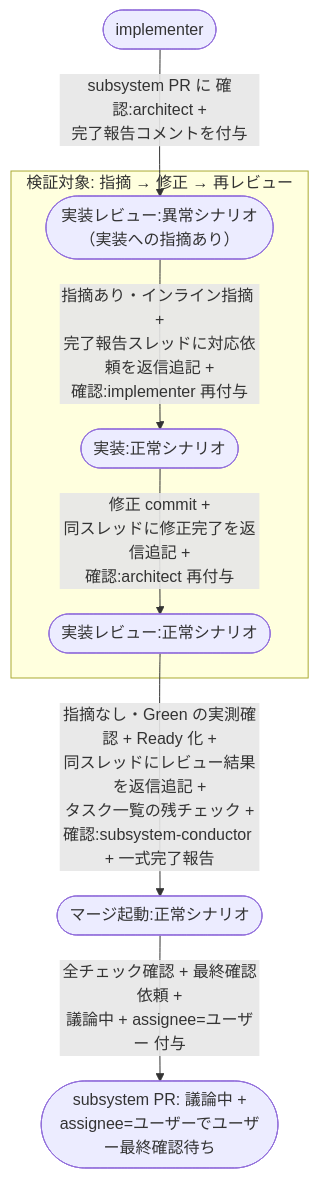
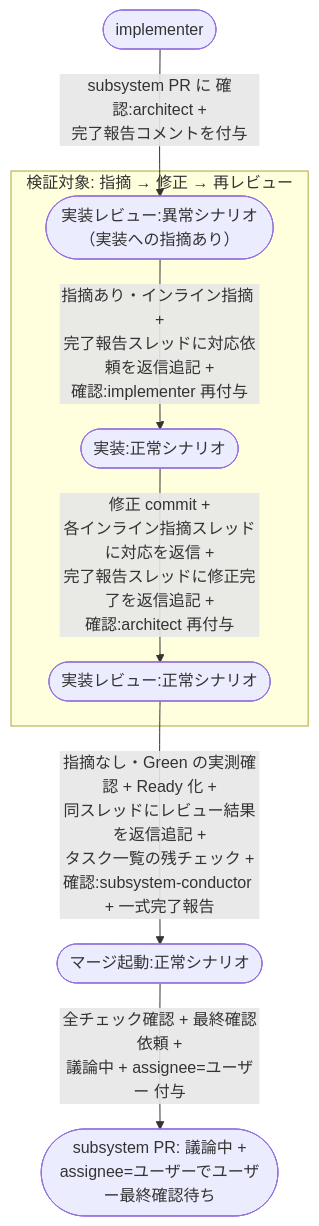
Before and after one commit to shuhei1101/ai-monitor: the second of 2 diagrams in docs/wiki/設計図/シナリオ/複合ユースケース/レビュー指摘からの修正.md, drawn with Mermaid. The commit also changed other lines of this file and 33 other files, not shown here.

````diff
--- a/docs/wiki/設計図/シナリオ/複合ユースケース/レビュー指摘からの修正.md
+++ b/docs/wiki/設計図/シナリオ/複合ユースケース/レビュー指摘からの修正.md
@@ -65,17 +65,17 @@
 ```mermaid
 flowchart TD
   A0([implementer]) -->|subsystem PR に 確認:architect +<br>完了報告コメントを付与| UC1
 
   subgraph FOCUS["検証対象: 指摘 → 修正 → 再レビュー"]
     UC1([実装レビュー:異常シナリオ<br>（実装への指摘あり）]) -->|指摘あり・インライン指摘 +<br>完了報告スレッドに対応依頼を返信追記 +<br>確認:implementer 再付与| UC2([実装:正常シナリオ])
-    UC2 -->|修正 commit +<br>同スレッドに修正完了を返信追記 +<br>確認:architect 再付与| UC3([実装レビュー:正常シナリオ])
+    UC2 -->|修正 commit +<br>各インライン指摘スレッドに対応を返信 +<br>完了報告スレッドに修正完了を返信追記 +<br>確認:architect 再付与| UC3([実装レビュー:正常シナリオ])
   end
 
   UC3 -->|指摘なし・Green の実測確認 + Ready 化 +<br>同スレッドにレビュー結果を返信追記 +<br>タスク一覧の残チェック +<br>確認:subsystem-conductor + 一式完了報告| UC4([マージ起動:正常シナリオ])
   UC4 -->|全チェック確認 + 最終確認依頼 +<br>議論中 + assignee=ユーザー 付与| DONE([subsystem PR: 議論中 +<br>assignee=ユーザーでユーザー最終確認待ち])
 
   click UC1 "../単一ユースケース/実装レビュー.md#異常シナリオ実装への指摘あり"
   click UC2 "../単一ユースケース/実装.md#正常シナリオ"
   click UC3 "../単一ユースケース/実装レビュー.md#正常シナリオ"
   click UC4 "../単一ユースケース/マージ起動.md#正常シナリオ"
 ```
````
